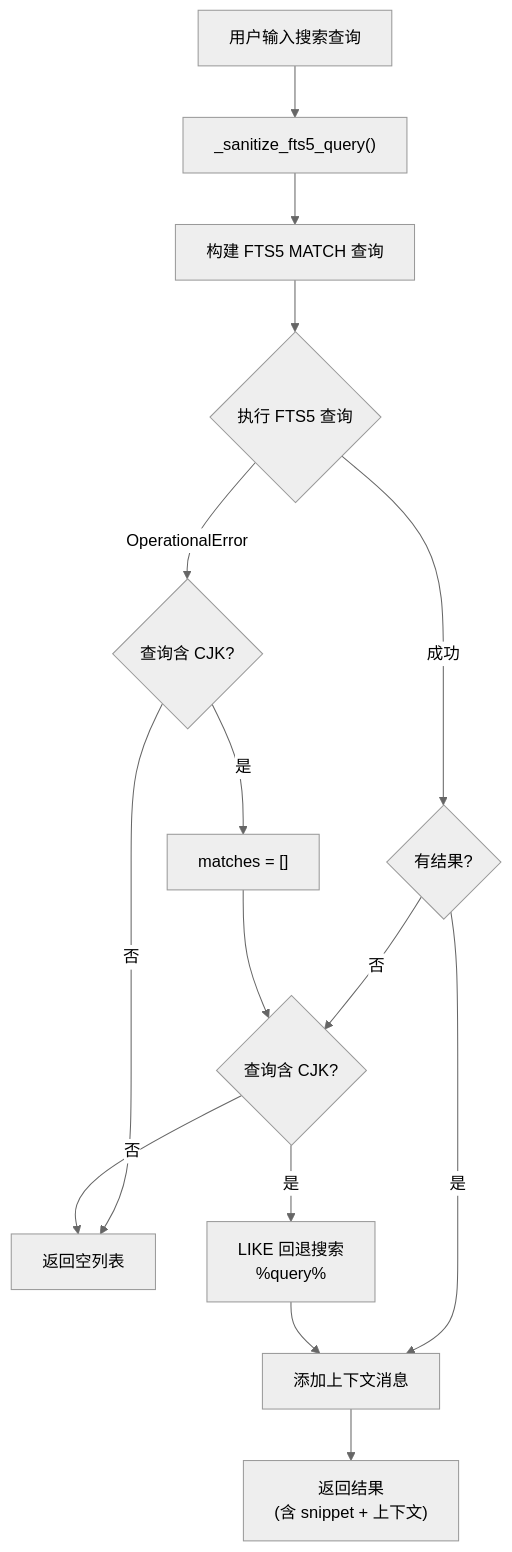
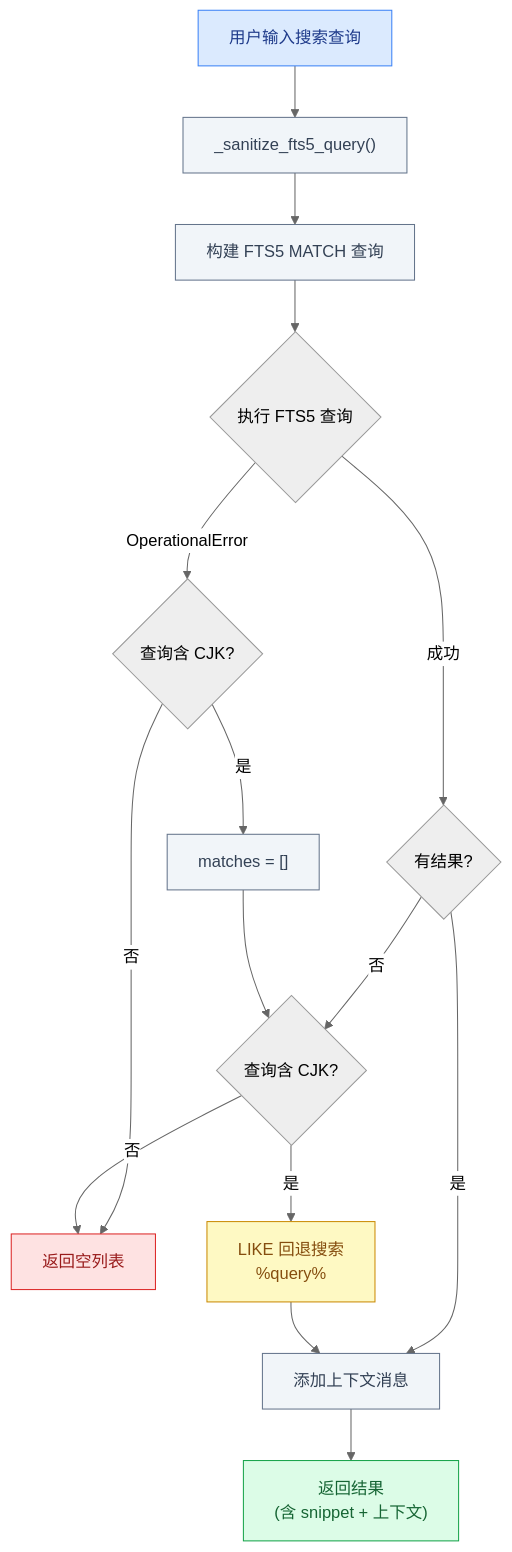
Before and after one commit to pty819/hermes-docs: the first of 4 diagrams in chapters/session-state.rst, drawn with Mermaid (neutral theme). The commit also changed other lines of this file and 27 other files, not shown here.

```diff
--- a/chapters/session-state.rst
+++ b/chapters/session-state.rst
@@ -385,17 +385,31 @@
 .. mermaid::
+   :name: fig-fts5-search-flow
+   :caption: FTS5 全文搜索流程（含 CJK 回退）
 
    flowchart TD
        A["用户输入搜索查询"] --> B["_sanitize_fts5_query()"]
        B --> C["构建 FTS5 MATCH 查询"]
        C --> D{"执行 FTS5 查询"}
        D -- 成功 --> E{"有结果?"}
        D -- OperationalError --> F{"查询含 CJK?"}
        F -- 否 --> G["返回空列表"]
        F -- 是 --> H["matches = []"]
        E -- 是 --> K["添加上下文消息"]
        E -- 否 --> I{"查询含 CJK?"}
        H --> I
        I -- 否 --> G
        I -- 是 --> J["LIKE 回退搜索<br/>%query%"]
        J --> K
        K --> L["返回结果<br/>(含 snippet + 上下文)"]
+
+       class A start
+       class L success
+       class G fail
+       class J warn
+       class B,C,H,K info
+
+       classDef start fill:#dbeafe,stroke:#3b82f6,color:#1e3a8a
+       classDef success fill:#dcfce7,stroke:#16a34a,color:#166534
+       classDef warn fill:#fef9c3,stroke:#ca8a04,color:#854d0e
+       classDef fail fill:#fee2e2,stroke:#dc2626,color:#991b1b
+       classDef info fill:#f1f5f9,stroke:#64748b,color:#334155
```
